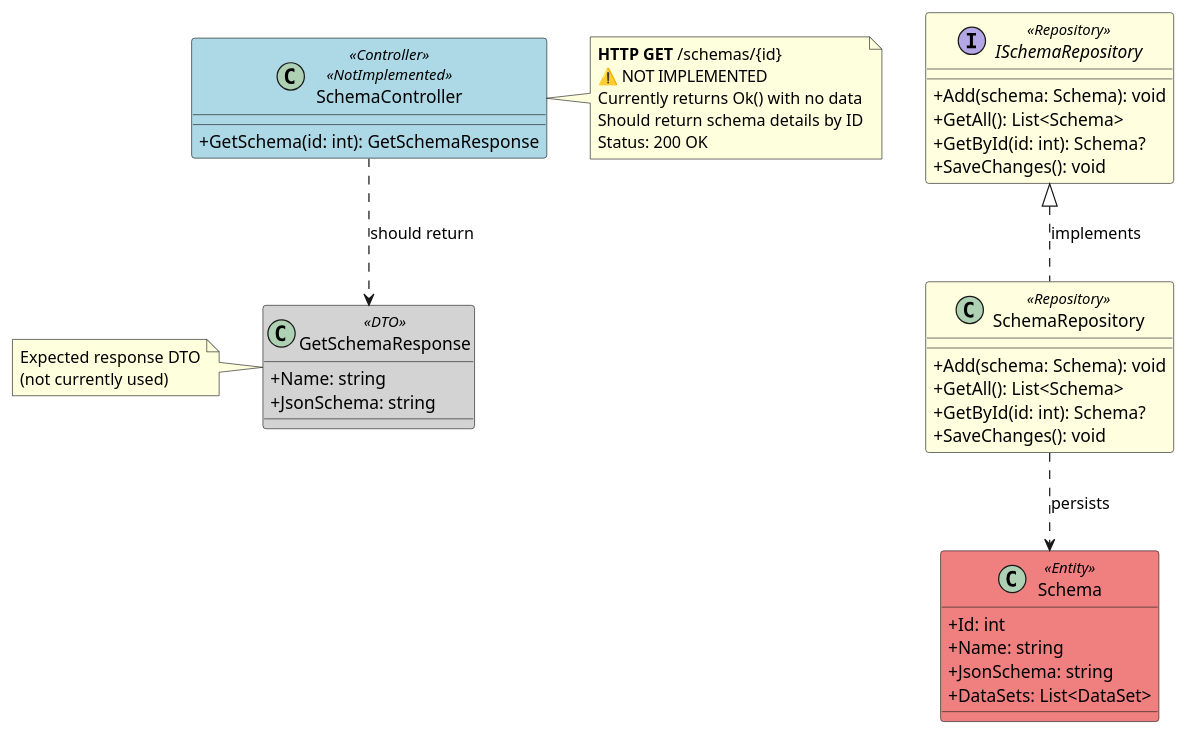
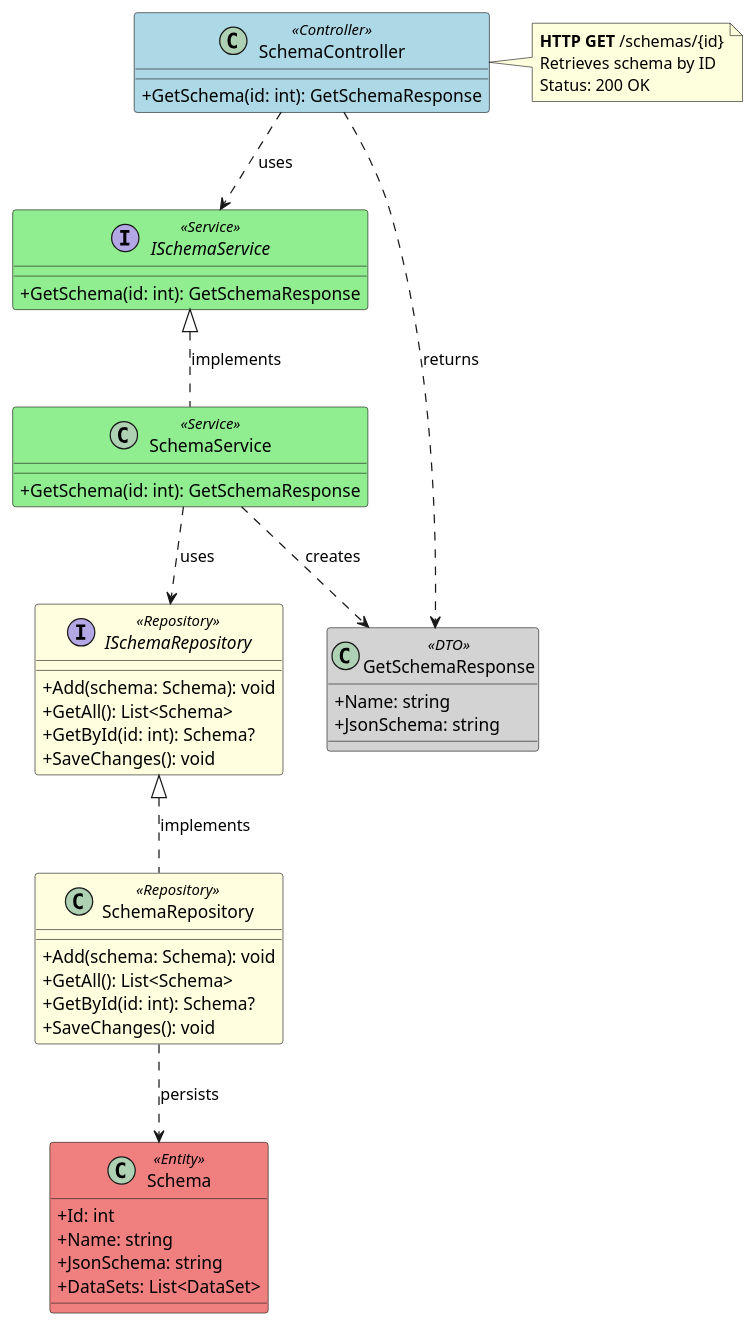
The diagram in docs/plantuml/schema_get.puml (Kuaaro/ProjOpro-Back), drawn with PlantUML before and after one commit. The commit also changed 4 other files, not shown here.

Commit message:
add get schema endpoint

```diff
--- a/docs/plantuml/schema_get.puml
+++ b/docs/plantuml/schema_get.puml
@@ -1,66 +1,69 @@
 @startuml Schema_GetSchema_Endpoint
 
 ' Endpoint: GET /schemas/{id}
 ' Controller: SchemaController
 ' Method: GetSchema
-' NOTE: This endpoint is NOT IMPLEMENTED - returns Ok() with no data
 
 skinparam classAttributeIconSize 0
 skinparam class {
     BackgroundColor<<Controller>> LightBlue
     BackgroundColor<<Service>> LightGreen
     BackgroundColor<<Repository>> LightYellow
     BackgroundColor<<Entity>> LightCoral
     BackgroundColor<<DTO>> LightGray
-    BackgroundColor<<NotImplemented>> #FFE6E6
 }
 
-class SchemaController <<Controller>> <<NotImplemented>> {
+class SchemaController <<Controller>> {
+    + GetSchema(id: int): GetSchemaResponse
+}
+
+interface ISchemaService <<Service>> {
+    + GetSchema(id: int): GetSchemaResponse
+}
+
+class SchemaService <<Service>> {
     + GetSchema(id: int): GetSchemaResponse
 }
 
 class GetSchemaResponse <<DTO>> {
     + Name: string
     + JsonSchema: string
 }
 
 interface ISchemaRepository <<Repository>> {
     + Add(schema: Schema): void
     + GetAll(): List<Schema>
     + GetById(id: int): Schema?
     + SaveChanges(): void
 }
 
 class SchemaRepository <<Repository>> {
     + Add(schema: Schema): void
     + GetAll(): List<Schema>
     + GetById(id: int): Schema?
     + SaveChanges(): void
 }
 
 class Schema <<Entity>> {
     + Id: int
     + Name: string
     + JsonSchema: string
     + DataSets: List<DataSet>
 }
 
-' Relationships (dashed to indicate not implemented)
-SchemaController ..> GetSchemaResponse : should return
+' Relationships
+SchemaController ..> ISchemaService : uses
+SchemaController ..> GetSchemaResponse : returns
+ISchemaService <|.. SchemaService : implements
+SchemaService ..> ISchemaRepository : uses
+SchemaService ..> GetSchemaResponse : creates
 ISchemaRepository <|.. SchemaRepository : implements
 SchemaRepository ..> Schema : persists
 
 note right of SchemaController
   **HTTP GET** /schemas/{id}
-  ⚠️ NOT IMPLEMENTED
-  Currently returns Ok() with no data
-  Should return schema details by ID
+  Retrieves schema by ID
   Status: 200 OK
 end note
 
-note left of GetSchemaResponse
-  Expected response DTO
-  (not currently used)
-end note
-
 @enduml
```
